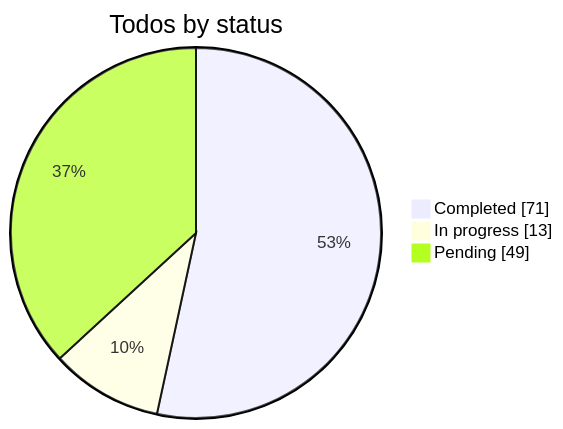
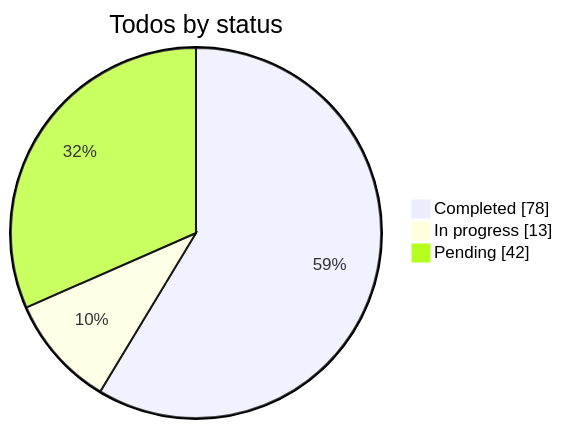
Before and after one commit to KantaPaul/next-cms: the diagram in .cursor/plans/custom_builder_engine_refs.plan.md, drawn with Mermaid. The commit also changed other lines of this file, not shown here.

First line of the commit message:
docs(plan): complete B12 status + open B15 E1 (R747-R754, R806 completed)

````diff
--- a/.cursor/plans/custom_builder_engine_refs.plan.md
+++ b/.cursor/plans/custom_builder_engine_refs.plan.md
@@ -427,6 +427,6 @@
 ```mermaid
 pie showData title Todos by status
-  "Completed" : 71
+  "Completed" : 78
   "In progress" : 13
-  "Pending" : 49
+  "Pending" : 42
 ```
````
